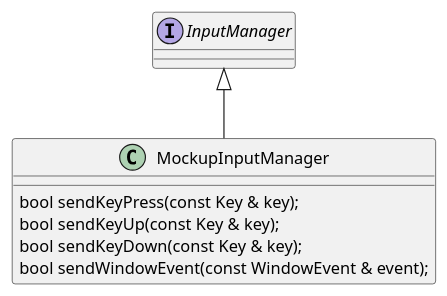
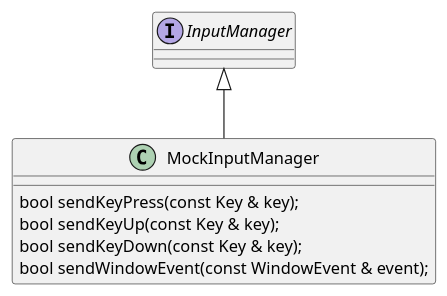
One commit to asrob-uc3m/robotDevastation-developer-manual changed the second of 2 diagrams in en/input-management/input-manager.md. Above: the diagram before and after it, drawn with PlantUML. The commit also changed other lines of this file and 10 other files, not shown here.

First line of the commit message:
Replace 'Mockup' with 'Mock'

```diff
--- a/en/input-management/input-manager.md
+++ b/en/input-management/input-manager.md
@@ -35,11 +35,11 @@
 {% plantuml %}
 interface InputManager 
-class MockupInputManager {
+class MockInputManager {
 bool sendKeyPress(const Key & key);
 bool sendKeyUp(const Key & key);
 bool sendKeyDown(const Key & key);
 bool sendWindowEvent(const WindowEvent & event);
 }
 
-InputManager <|-- MockupInputManager
+InputManager <|-- MockInputManager
 {% endplantuml %}
```
